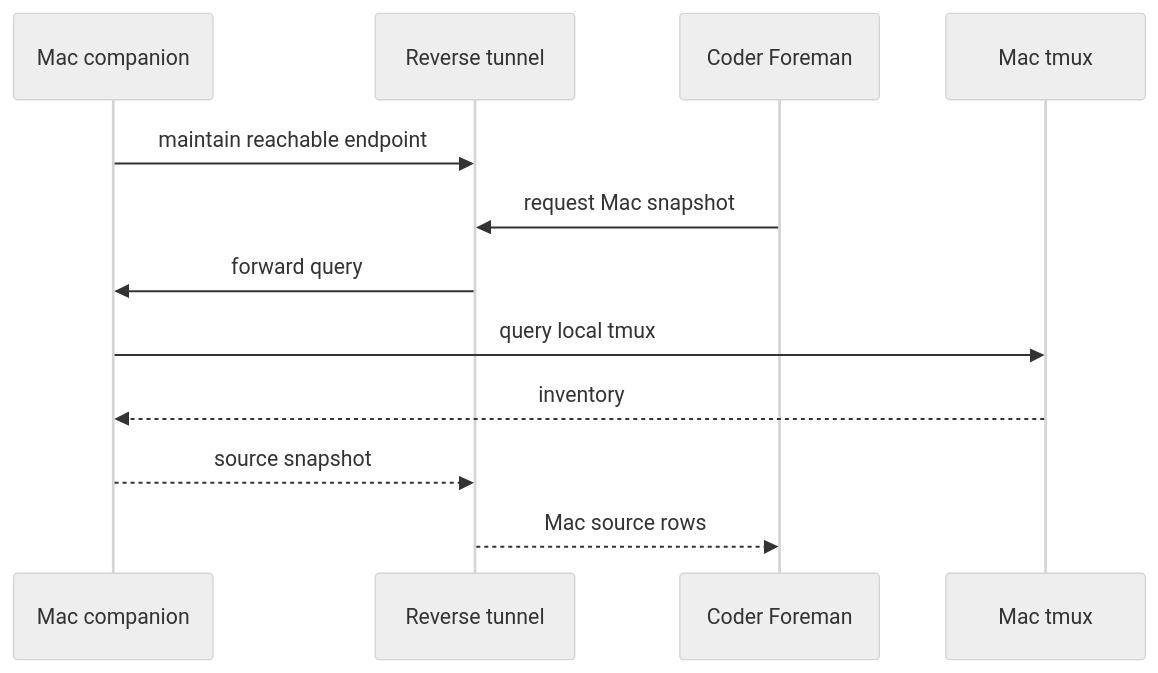
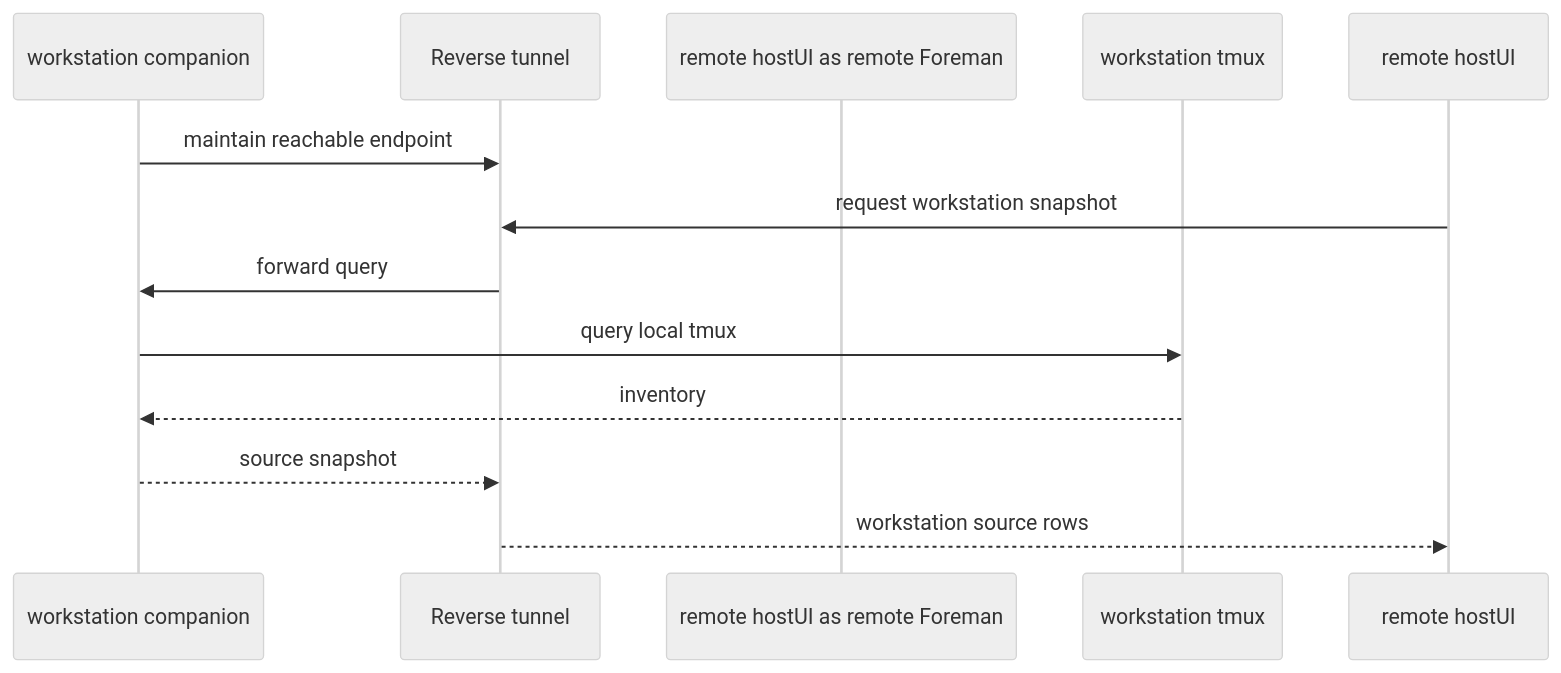
The seventh of 8 diagrams in docs/decisions/0004-source-companion-relay.md (safurrier/foreman), drawn with Mermaid (neutral theme) before and after one commit. The commit also changed other lines of this file and 26 other files, not shown here.

First line of the commit message:
Add source companion transport and prewarmer support

````diff
--- a/docs/decisions/0004-source-companion-relay.md
+++ b/docs/decisions/0004-source-companion-relay.md
@@ -445,15 +474,15 @@
 ```mermaid
 sequenceDiagram
-    participant MacComp as Mac companion
+    participant WorkstationComp as workstation companion
     participant Tunnel as Reverse tunnel
-    participant CoderUI as Coder Foreman
-    participant MacTmux as Mac tmux
+    participant remote hostUI as remote Foreman
+    participant workstationTmux as workstation tmux
 
-    MacComp->>Tunnel: maintain reachable endpoint
-    CoderUI->>Tunnel: request Mac snapshot
-    Tunnel->>MacComp: forward query
-    MacComp->>MacTmux: query local tmux
-    MacTmux-->>MacComp: inventory
-    MacComp-->>Tunnel: source snapshot
-    Tunnel-->>CoderUI: Mac source rows
+    WorkstationComp->>Tunnel: maintain reachable endpoint
+    remote hostUI->>Tunnel: request workstation snapshot
+    Tunnel->>WorkstationComp: forward query
+    WorkstationComp->>workstationTmux: query local tmux
+    workstationTmux-->>WorkstationComp: inventory
+    WorkstationComp-->>Tunnel: source snapshot
+    Tunnel-->>remote hostUI: workstation source rows
 ```
````
